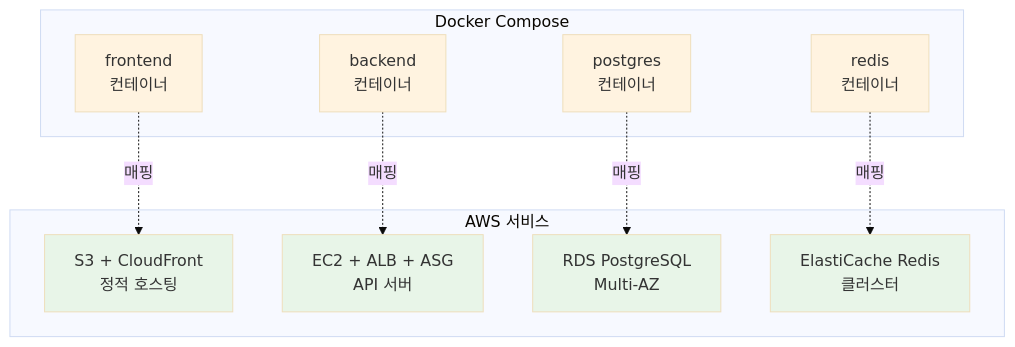
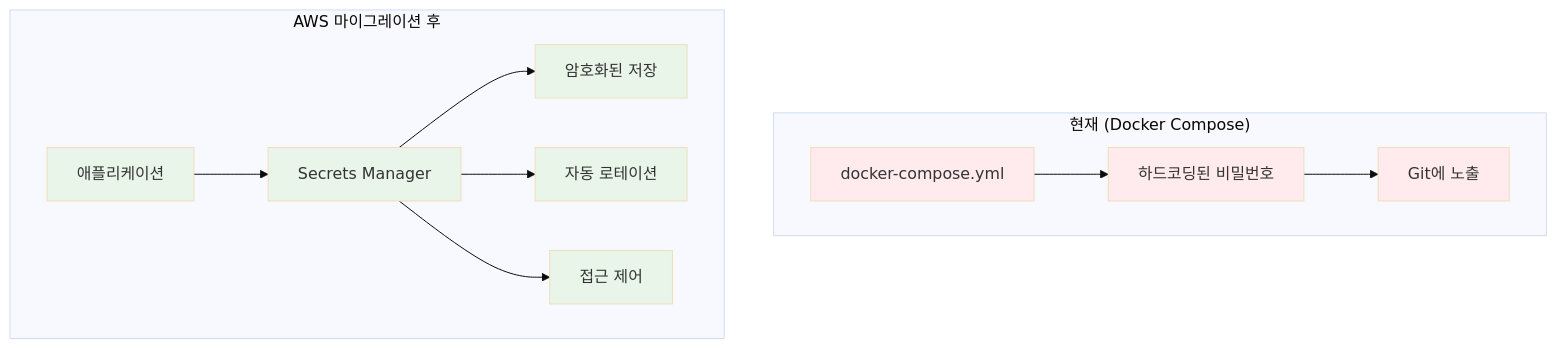
One commit to niceguy61/kdt_devops_lecture_2025 changed the eighth of 9 diagrams in theory/week_05/day5/session_1.md. Above: the diagram before and after it, drawn with Mermaid (base theme). The commit also changed other lines of this file, not shown here.

````diff
--- a/theory/week_05/day5/session_1.md
+++ b/theory/week_05/day5/session_1.md
@@ -421,30 +427,23 @@
 ```mermaid
 graph TB
-    subgraph "Docker Compose"
-        DC1[frontend<br/>컨테이너]
-        DC2[backend<br/>컨테이너]
-        DC3[postgres<br/>컨테이너]
-        DC4[redis<br/>컨테이너]
+    subgraph "현재 (Docker Compose)"
+        A1[docker-compose.yml] --> B1[하드코딩된 비밀번호]
+        B1 --> C1[Git에 노출]
     end
     
-    subgraph "AWS 서비스"
-        AWS1[S3 + CloudFront<br/>정적 호스팅]
-        AWS2[EC2 + ALB + ASG<br/>API 서버]
-        AWS3[RDS PostgreSQL<br/>Multi-AZ]
-        AWS4[ElastiCache Redis<br/>클러스터]
+    subgraph "AWS 마이그레이션 후"
+        A2[애플리케이션] --> B2[Secrets Manager]
+        B2 --> C2[암호화된 저장]
+        B2 --> D2[자동 로테이션]
+        B2 --> E2[접근 제어]
     end
     
-    DC1 -.매핑.-> AWS1
-    DC2 -.매핑.-> AWS2
-    DC3 -.매핑.-> AWS3
-    DC4 -.매핑.-> AWS4
-    
-    style DC1 fill:#fff3e0
-    style DC2 fill:#fff3e0
-    style DC3 fill:#fff3e0
-    style DC4 fill:#fff3e0
-    style AWS1 fill:#e8f5e8
-    style AWS2 fill:#e8f5e8
-    style AWS3 fill:#e8f5e8
-    style AWS4 fill:#e8f5e8
+    style A1 fill:#ffebee
+    style B1 fill:#ffebee
+    style C1 fill:#ffebee
+    style A2 fill:#e8f5e8
+    style B2 fill:#e8f5e8
+    style C2 fill:#e8f5e8
+    style D2 fill:#e8f5e8
+    style E2 fill:#e8f5e8
 ```
````
